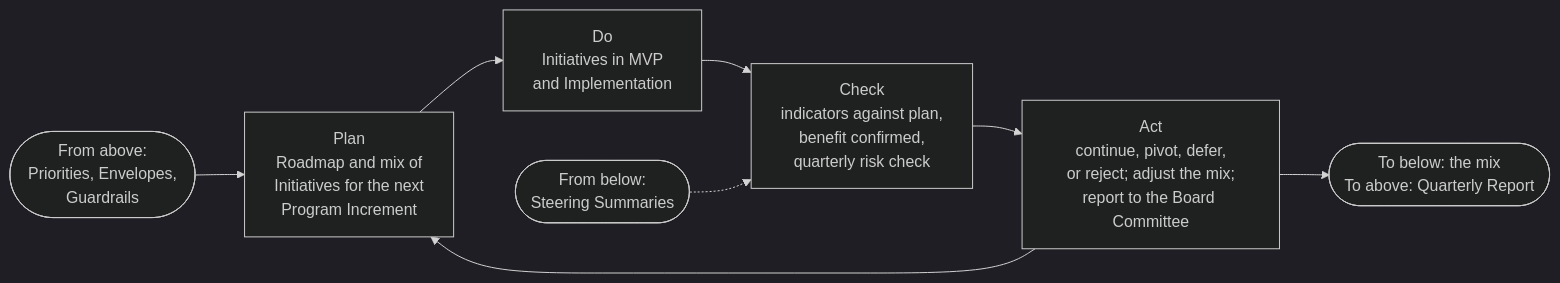
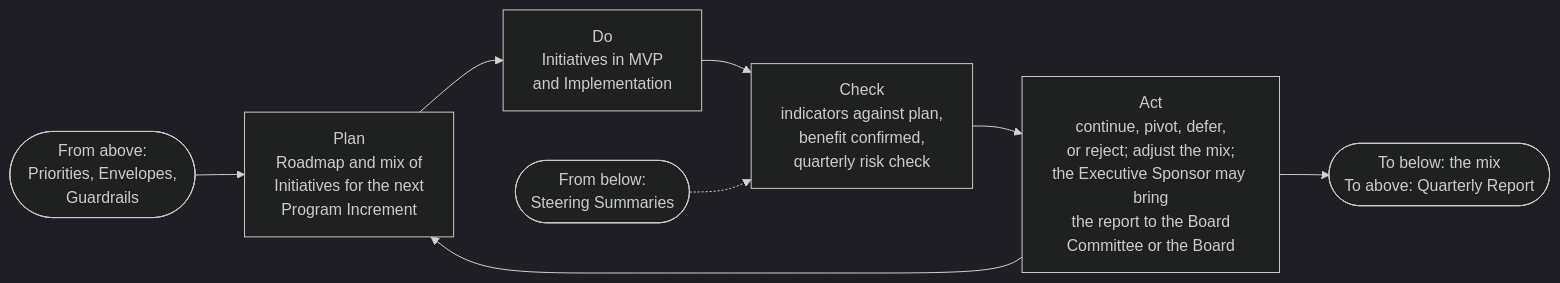
Before and after one commit to devhogu/ob-aicc: the third of 5 diagrams in portal/content/en/portfolio/the-loops-and-governance.md, drawn with Mermaid (dark theme). The commit also changed other lines of this file and 150 other files, not shown here.

````diff
--- a/portal/content/en/portfolio/the-loops-and-governance.md
+++ b/portal/content/en/portfolio/the-loops-and-governance.md
@@ -47,10 +47,10 @@
 ```mermaid
 flowchart LR
   IN(["From above:<br/>Priorities, Envelopes,<br/>Guardrails"]) --> P["Plan<br/>Roadmap and mix of<br/>Initiatives for the next<br/>Program Increment"]
   P --> D["Do<br/>Initiatives in MVP<br/>and Implementation"]
   D --> C["Check<br/>indicators against plan,<br/>benefit confirmed,<br/>quarterly risk check"]
-  C --> A["Act<br/>continue, pivot, defer,<br/>or reject; adjust the mix;<br/>report to the Board Committee"]
+  C --> A["Act<br/>continue, pivot, defer,<br/>or reject; adjust the mix;<br/>the Executive Sponsor may bring<br/>the report to the Board<br/>Committee or the Board"]
   A --> P
   EV(["From below:<br/>Steering Summaries"]) -.-> C
   A --> OUT(["To below: the mix<br/>To above: Quarterly Report"])
 ```
````
